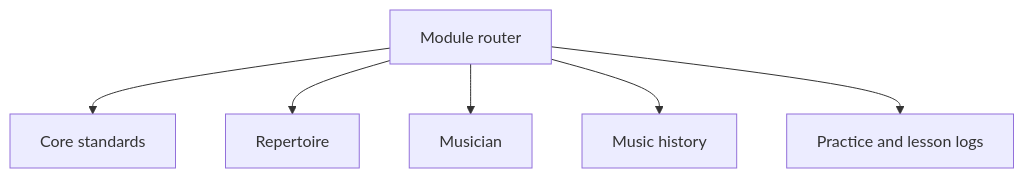
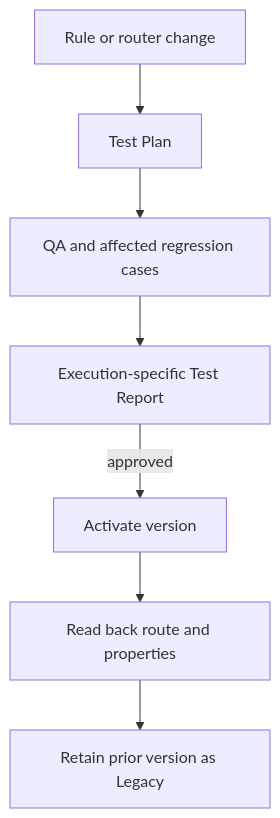
One commit to QLisa/mka-ai-agent-demo changed the second of 2 diagrams in docs/architecture.md. Above: the diagram before and after it, drawn with Mermaid. The commit also changed other lines of this file and 7 other files, not shown here.

````diff
--- a/docs/architecture.md
+++ b/docs/architecture.md
@@ -37,8 +41,9 @@
 ```mermaid
 flowchart TD
-    R["Module router"] --> C["Core standards"]
-    R --> P["Repertoire"]
-    R --> M["Musician"]
-    R --> H["Music history"]
-    R --> L["Practice and lesson logs"]
+    P["Rule or router change"] --> T["Test Plan"]
+    T --> X["QA and affected regression cases"]
+    X --> R["Execution-specific Test Report"]
+    R -->|approved| A["Activate version"]
+    A --> V["Read back route and properties"]
+    V --> L["Retain prior version as Legacy"]
 ```
````
